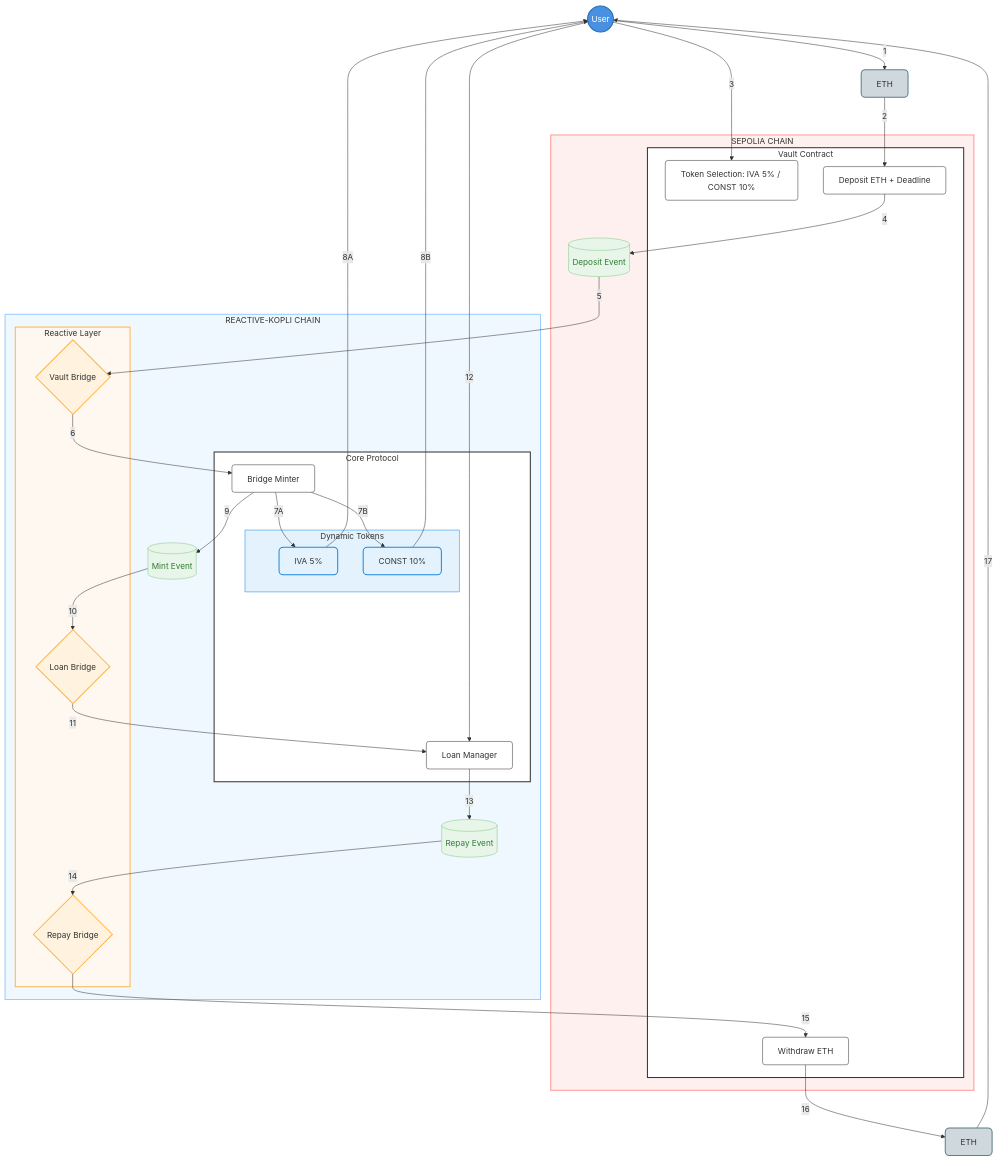
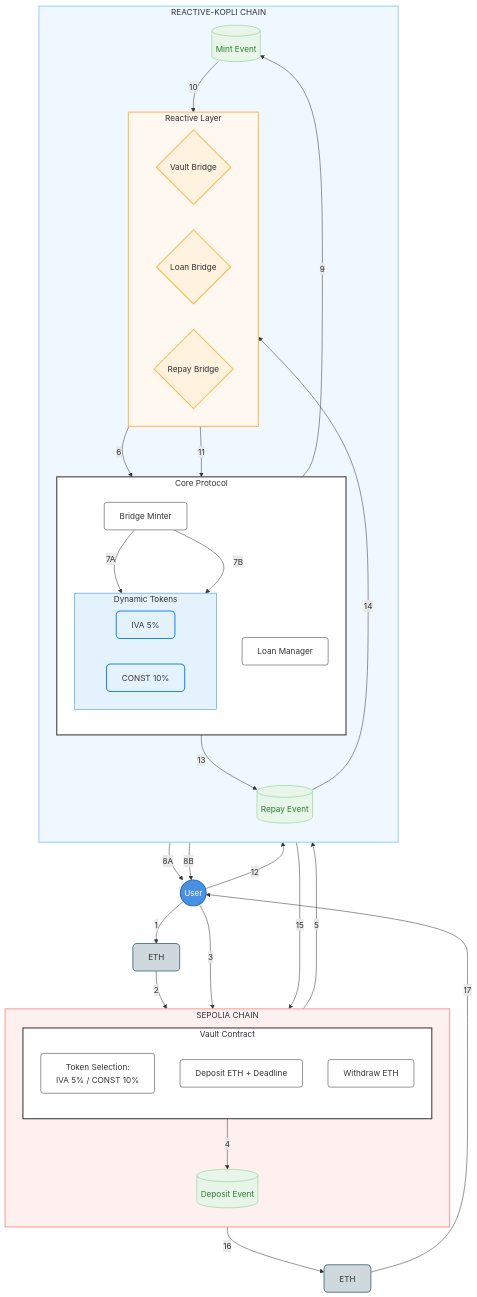
The diagram in README.md (Prakhar-30/Reactive_CrossChain_Loan), drawn with Mermaid before and after one commit.

Commit message:
updated architecture diagram

````diff
--- a/README.md
+++ b/README.md
@@ -13,5 +13,5 @@
 ```mermaid
-graph TB
+graph TD
     %% Styling definitions
     classDef userStyle fill:#4A90E2,stroke:#2171B5,stroke-width:2px,color:#fff,rx:20
     classDef contractStyle fill:#fff,stroke:#333,stroke-width:1px,rx:5
@@ -19,44 +19,52 @@
     classDef eventStyle fill:#E8F5E9,stroke:#81C784,stroke-width:1px,color:#2E7D32,rx:15
     classDef tokenStyle fill:#E3F2FD,stroke:#1E88E5,stroke-width:2px,rx:8
     classDef ethStyle fill:#CFD8DC,stroke:#607D8B,stroke-width:2px,rx:8
-    
-    %% Nodes
+
+    %% Main nodes
     User((User)):::userStyle
     ETH_Start[ETH]:::ethStyle
     ETH_End[ETH]:::ethStyle
-    
-    subgraph SEPOLIA[SEPOLIA CHAIN]
-        subgraph Vault[Vault Contract]
-            TokenSelect[Token Selection: IVA 5% / CONST 10%]:::contractStyle
+
+    %% SEPOLIA Chain
+    subgraph SEPOLIA[" SEPOLIA CHAIN "]
+        direction TB
+        subgraph Vault[" Vault Contract "]
+            direction TB
+            TokenSelect[Token Selection:<br/>IVA 5% / CONST 10%]:::contractStyle
             Deposit[Deposit ETH + Deadline]:::contractStyle
             Withdraw[Withdraw ETH]:::contractStyle
         end
         DepositEvent[(Deposit Event)]:::eventStyle
     end
 
-    subgraph KOPLI[REACTIVE-KOPLI CHAIN]
-        subgraph Reactive[Reactive Layer]
+    %% KOPLI Chain
+    subgraph KOPLI[" REACTIVE-KOPLI CHAIN "]
+        direction TB
+        subgraph Reactive[" Reactive Layer "]
+            direction LR
             VaultBridge{Vault Bridge}:::reactiveStyle
             LoanBridge{Loan Bridge}:::reactiveStyle
             RepayBridge{Repay Bridge}:::reactiveStyle
         end
-        
-        subgraph Core[Core Protocol]
+
+        subgraph Core[" Core Protocol "]
+            direction TB
             BridgeMinter[Bridge Minter]:::contractStyle
             
-            subgraph Tokens[Dynamic Tokens]
+            subgraph Tokens[" Dynamic Tokens "]
+                direction LR
                 IVA[IVA 5%]:::tokenStyle
                 CONST[CONST 10%]:::tokenStyle
             end
             
             LoanManager[Loan Manager]:::contractStyle
         end
-        
+
         MintEvent[(Mint Event)]:::eventStyle
         RepayEvent[(Repay Event)]:::eventStyle
     end
 
-    %% Flow connections
+    %% Connections
     User -->|1| ETH_Start
     ETH_Start -->|2| Deposit
     User -->|3| TokenSelect
````
